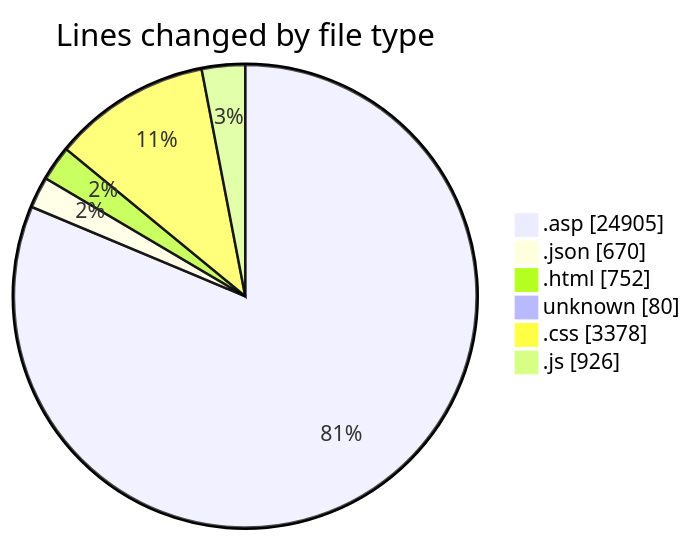
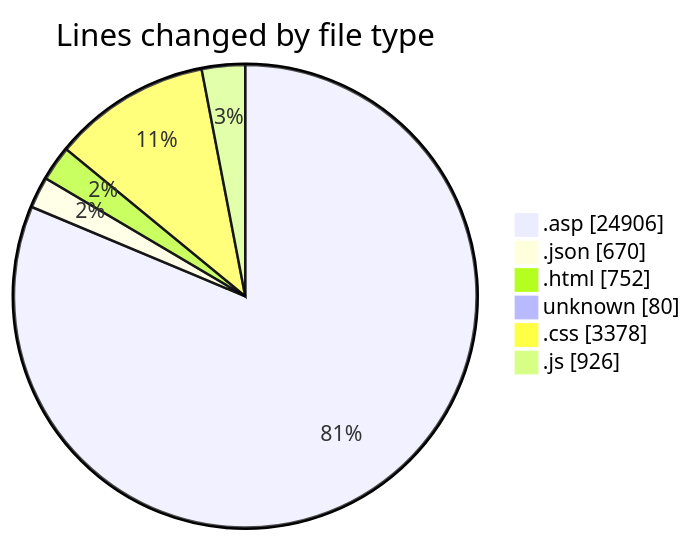
One commit to julien-gomy/code-tracking changed the first of 2 diagrams in 2025-11-01/cdp_aleoudev_fr__workspace_/README.md. Above: the diagram before and after it, drawn with Mermaid. The commit also changed other lines of this file and 1 other file, not shown here.

````diff
--- a/2025-11-01/cdp_aleoudev_fr__workspace_/README.md
+++ b/2025-11-01/cdp_aleoudev_fr__workspace_/README.md
@@ -39,10 +39,10 @@
 ```mermaid
 pie showData
 title Lines changed by file type
-".asp" : 24905
+".asp" : 24906
 ".json" : 670
 ".html" : 752
 "unknown" : 80
 ".css" : 3378
 ".js" : 926
 ```
````
